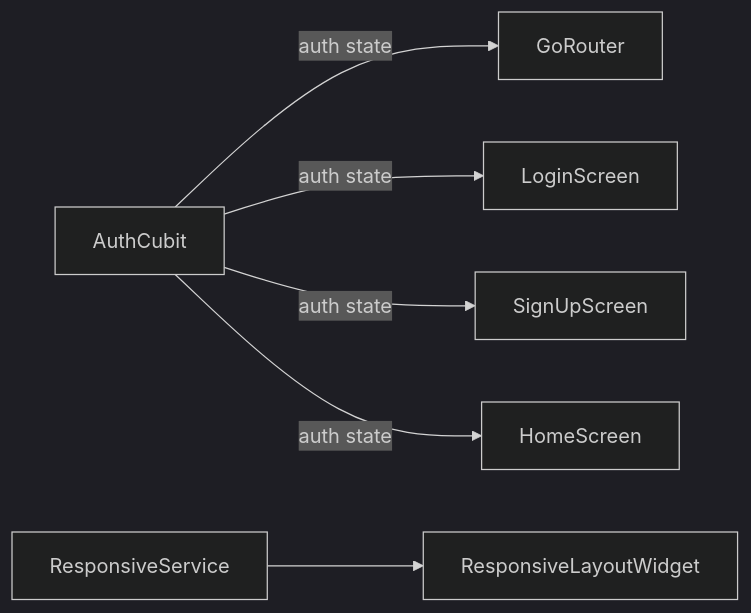
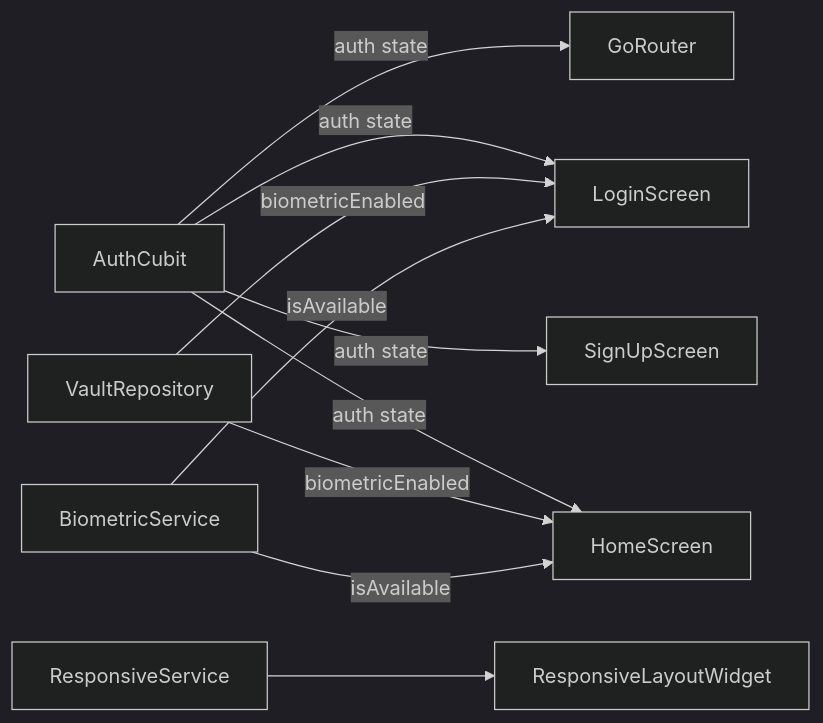
Before and after one commit to Mikeruss1418/Trident: diagram 19 of 19 in DEVELOPER_GUIDE.md, drawn with Mermaid (dark theme). The commit also changed other lines of this file and 17 other files, not shown here.

Commit message:
implementation of the biometric flow as well, for more details look inside the developer_guide.md

````diff
--- a/DEVELOPER_GUIDE.md
+++ b/DEVELOPER_GUIDE.md
@@ -534,8 +1162,12 @@
 ```mermaid
 flowchart LR
     AuthCubit -->|auth state| GoRouter
     AuthCubit -->|auth state| LoginScreen
     AuthCubit -->|auth state| SignUpScreen
     AuthCubit -->|auth state| HomeScreen
+    VaultRepository -->|biometricEnabled| HomeScreen
+    VaultRepository -->|biometricEnabled| LoginScreen
+    BiometricService -->|isAvailable| HomeScreen
+    BiometricService -->|isAvailable| LoginScreen
     ResponsiveService --> ResponsiveLayoutWidget
 ```
````
